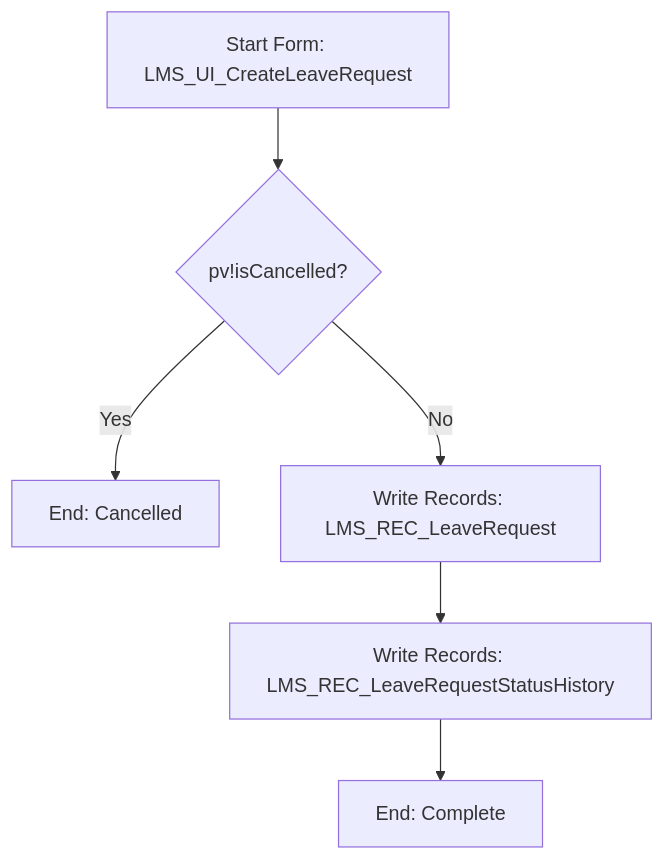
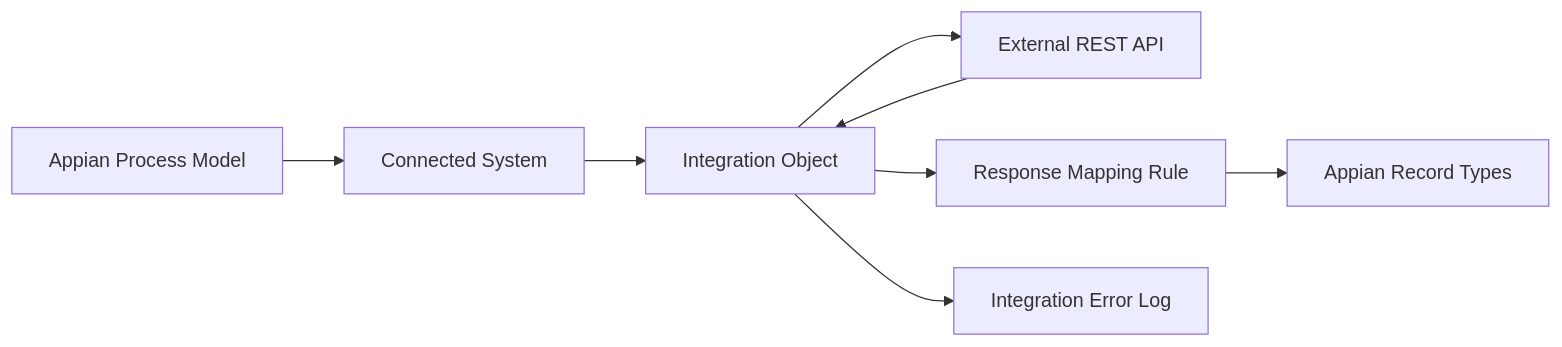
Before and after one commit to ankitBhaskar/appianTestCode: the sixth of 7 diagrams in docs/appian-26-4/design-engine/APPIAN_APPLICATION_BUILD_BLUEPRINT.md, drawn with Mermaid. The commit also changed other lines of this file, not shown here.

Commit message:
Enhance Appian build blueprint with architecture documentation requirements

````diff
--- a/docs/appian-26-4/design-engine/APPIAN_APPLICATION_BUILD_BLUEPRINT.md
+++ b/docs/appian-26-4/design-engine/APPIAN_APPLICATION_BUILD_BLUEPRINT.md
@@ -455,8 +325,10 @@
 ```mermaid
-flowchart TD
-  A[Start Form: LMS_UI_CreateLeaveRequest] --> B{pv!isCancelled?}
-  B -- Yes --> C[End: Cancelled]
-  B -- No --> D[Write Records: LMS_REC_LeaveRequest]
-  D --> E[Write Records: LMS_REC_LeaveRequestStatusHistory]
-  E --> F[End: Complete]
+flowchart LR
+  AppianProcess[Appian Process Model] --> ConnectedSystem[Connected System]
+  ConnectedSystem --> IntegrationObject[Integration Object]
+  IntegrationObject --> ExternalAPI[External REST API]
+  ExternalAPI --> IntegrationObject
+  IntegrationObject --> ResponseMapper[Response Mapping Rule]
+  ResponseMapper --> Records[Appian Record Types]
+  IntegrationObject --> ErrorLog[Integration Error Log]
 ```
````
